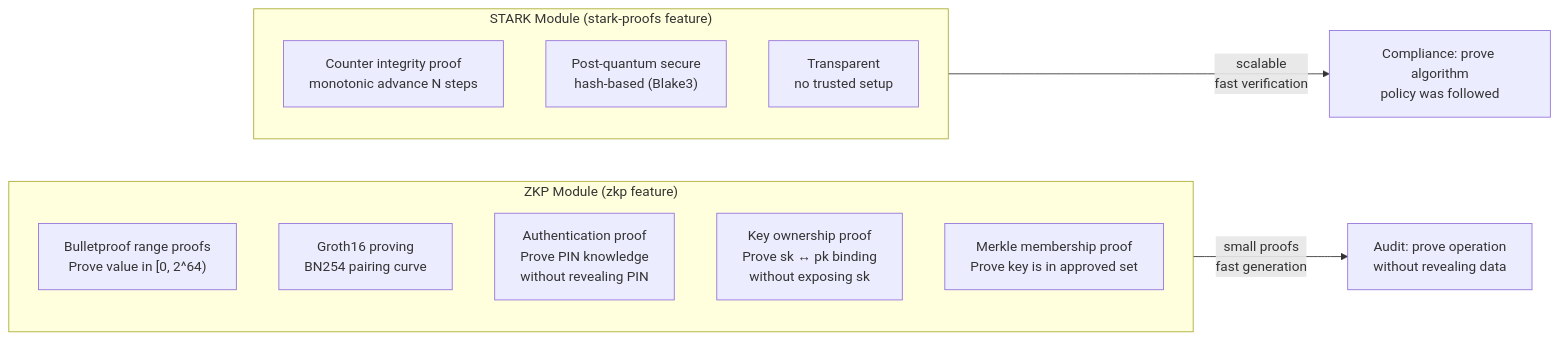
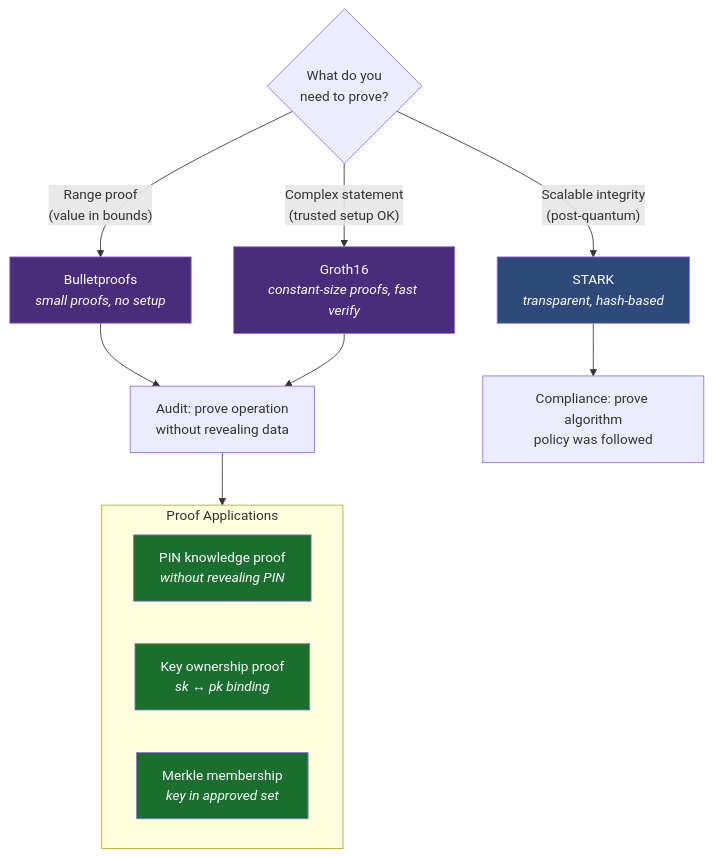
One commit to sonoransun/multicraton-hsm-testnet changed diagram 14 of 16 in README.md. Above: the diagram before and after it, drawn with Mermaid. The commit also changed other lines of this file and 28 other files, not shown here.

````diff
--- a/README.md
+++ b/README.md
@@ -425,20 +486,27 @@
 ```mermaid
-graph LR
-    subgraph ZKP["ZKP Module  (zkp feature)"]
-        direction TB
-        BP["Bulletproof range proofs<br/>Prove value in [0, 2^64)"]
-        G16["Groth16 proving<br/>BN254 pairing curve"]
-        AUTH["Authentication proof<br/>Prove PIN knowledge<br/>without revealing PIN"]
-        OWN["Key ownership proof<br/>Prove sk ↔ pk binding<br/>without exposing sk"]
-        MEM["Merkle membership proof<br/>Prove key is in approved set"]
+flowchart TD
+    Q{"What do you<br/>need to prove?"}
+
+    Q -->|"Range proof<br/>(value in bounds)"| BP["Bulletproofs<br/><i>small proofs, no setup</i>"]
+    Q -->|"Complex statement<br/>(trusted setup OK)"| G16["Groth16<br/><i>constant-size proofs, fast verify</i>"]
+    Q -->|"Scalable integrity<br/>(post-quantum)"| STARK["STARK<br/><i>transparent, hash-based</i>"]
+
+    BP --> USE1["Audit: prove operation<br/>without revealing data"]
+    G16 --> USE1
+    STARK --> USE2["Compliance: prove algorithm<br/>policy was followed"]
+
+    subgraph APPS["Proof Applications"]
+        AUTH["PIN knowledge proof<br/><i>without revealing PIN</i>"]
+        OWN["Key ownership proof<br/><i>sk ↔ pk binding</i>"]
+        MEM["Merkle membership<br/><i>key in approved set</i>"]
     end
 
-    subgraph STARK_BOX["STARK Module  (stark-proofs feature)"]
-        ST1["Counter integrity proof<br/>monotonic advance N steps"]
-        ST2["Post-quantum secure<br/>hash-based (Blake3)"]
-        ST3["Transparent<br/>no trusted setup"]
-    end
+    USE1 --> APPS
 
-    ZKP -->|"small proofs<br/>fast generation"| USE1["Audit: prove operation<br/>without revealing data"]
-    STARK_BOX -->|"scalable<br/>fast verification"| USE2["Compliance: prove algorithm<br/>policy was followed"]
+    classDef zkp fill:#4a2d7a,color:#fff
+    classDef stark fill:#2d4a7a,color:#fff
+    classDef app fill:#1a6e2e,color:#fff
+    class BP,G16 zkp
+    class STARK stark
+    class AUTH,OWN,MEM app
 ```
````
